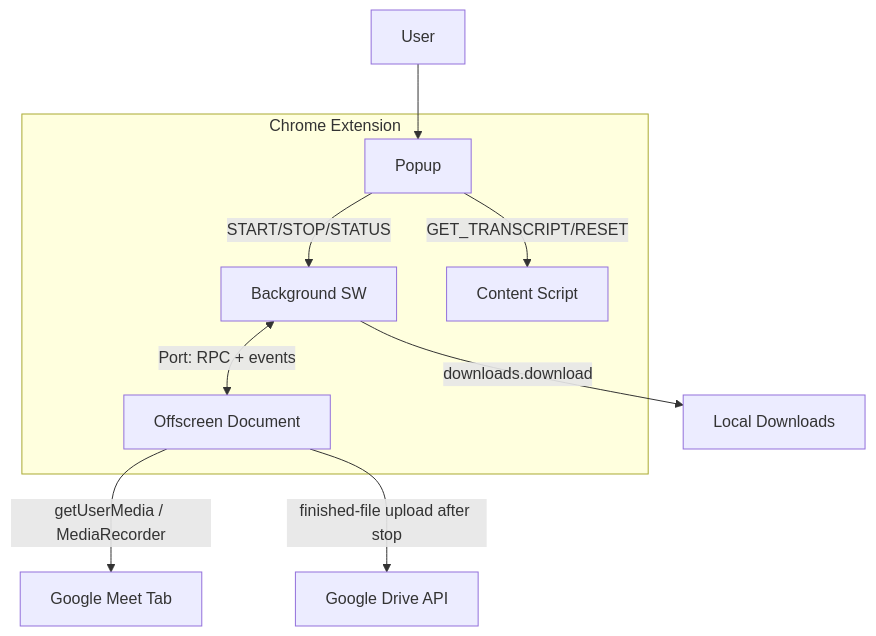
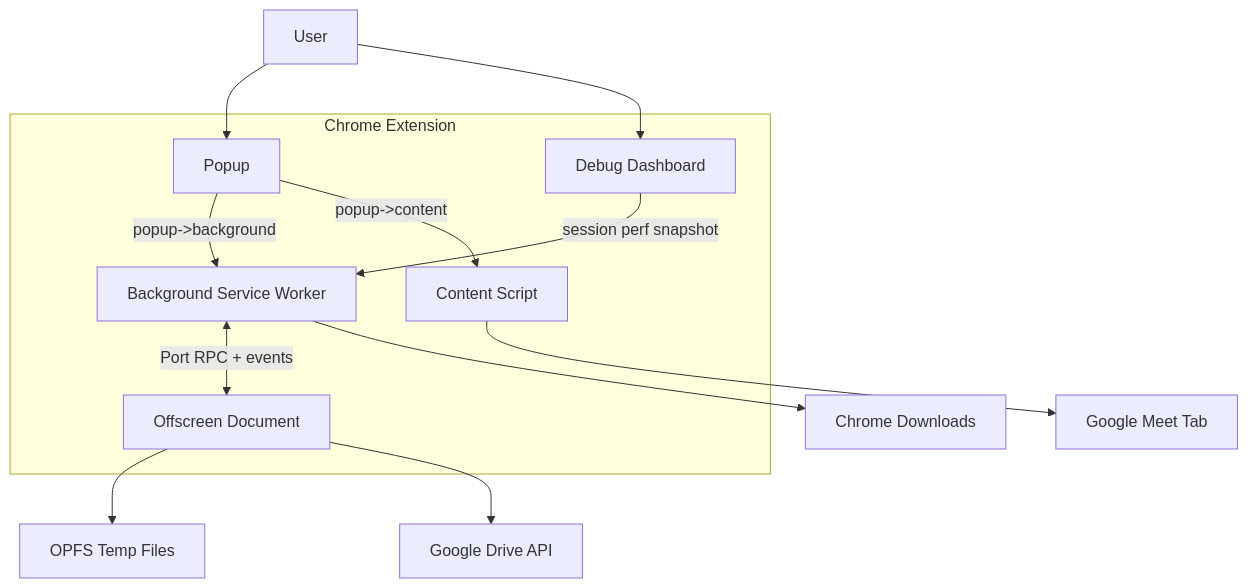
The first of 10 diagrams in Documentation.md (kstroevsky/chrome-meeting-recording-extension), drawn with Mermaid before and after one commit. The commit also changed other lines of this file, not shown here.

Commit message:
Docs: Update Documentation.md with new architecture approach

````diff
--- a/Documentation.md
+++ b/Documentation.md
@@ -135,23 +436,28 @@
 ```mermaid
 graph TB
     U[User]
 
     subgraph EXT[Chrome Extension]
-      P[Popup]
-      B[Background SW]
-      O[Offscreen Document]
-      C[Content Script]
+        P[Popup]
+        B[Background Service Worker]
+        O[Offscreen Document]
+        C[Content Script]
+        Dbg[Debug Dashboard]
     end
 
-    M[Google Meet Tab]
-    D[Local Downloads]
-    G[Google Drive API]
+    T[Google Meet Tab]
+    OPFS[OPFS Temp Files]
+    DL[Chrome Downloads]
+    Drive[Google Drive API]
 
     U --> P
-    P -->|START/STOP/STATUS| B
-    P -->|GET_TRANSCRIPT/RESET| C
-    B <-->|Port: RPC + events| O
-    B -->|downloads.download| D
-    O -->|getUserMedia / MediaRecorder| M
-    O -->|finished-file upload after stop| G
+    U --> Dbg
+    P -->|popup->background| B
+    P -->|popup->content| C
+    C --> T
+    B <-->|Port RPC + events| O
+    O --> OPFS
+    B --> DL
+    O --> Drive
+    Dbg -->|session perf snapshot| B
 ```
````
